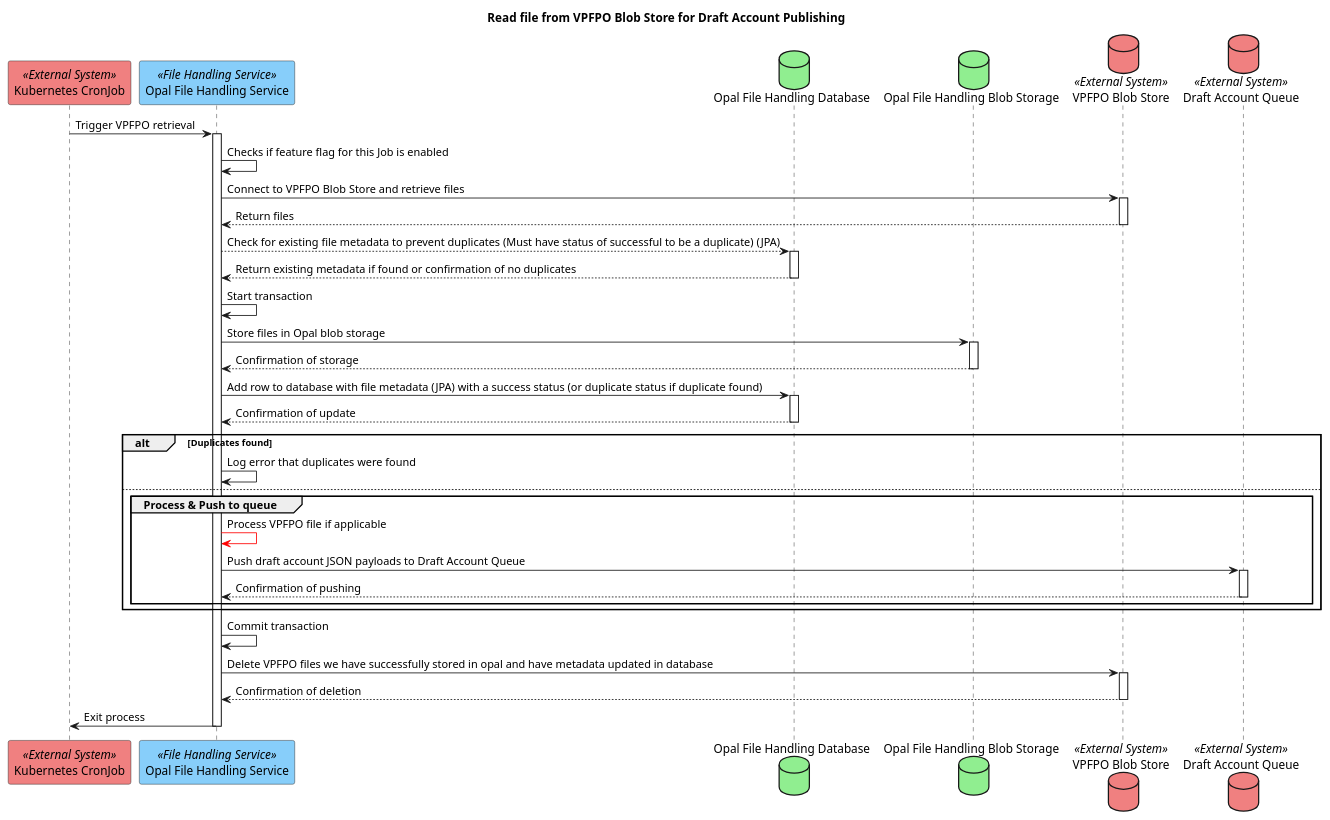
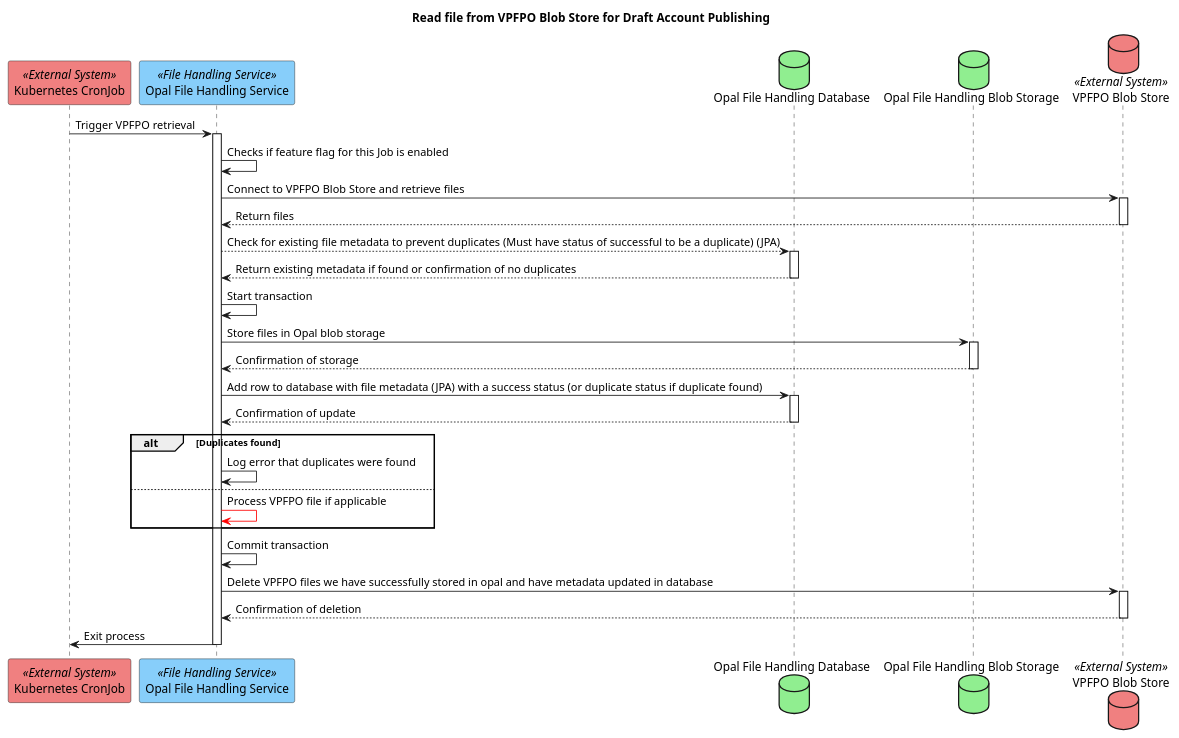
Before and after one commit to hmcts/opal-docs: the diagram in plantUML/external-interfaces/file-handling-from-vpfpo.puml, drawn with PlantUML.

Commit message:
Copying EI2 style and migrating queue publishing to own E2E diagram

```diff
--- a/plantUML/external-interfaces/file-handling-from-vpfpo.puml
+++ b/plantUML/external-interfaces/file-handling-from-vpfpo.puml
@@ -1,35 +1,30 @@
 @startuml
 title Read file from VPFPO Blob Store for Draft Account Publishing
 participant "Kubernetes CronJob" as cronjob <<External System>> #LightCoral
 participant "Opal File Handling Service" as fileHandlingService <<File Handling Service>> #LightSkyBlue
 database "Opal File Handling Database" as fileHandlingDb #LightGreen
 database "Opal File Handling Blob Storage" as fileHandlingBlobStorage #LightGreen
 database "VPFPO Blob Store" as vpfpoBlobStore <<External System>> #LightCoral
-database "Draft Account Queue" as draftAccountQueue <<External System>> #LightCoral
 
 cronjob -> fileHandlingService ++ : Trigger VPFPO retrieval
 fileHandlingService -> fileHandlingService : Checks if feature flag for this Job is enabled
 fileHandlingService -> vpfpoBlobStore ++ : Connect to VPFPO Blob Store and retrieve files
 vpfpoBlobStore --> fileHandlingService -- : Return files
 fileHandlingService --> fileHandlingDb ++ : Check for existing file metadata to prevent duplicates (Must have status of successful to be a duplicate) (JPA)
 fileHandlingDb --> fileHandlingService -- : Return existing metadata if found or confirmation of no duplicates
 fileHandlingService -> fileHandlingService : Start transaction
 fileHandlingService -> fileHandlingBlobStorage ++ : Store files in Opal blob storage
 fileHandlingBlobStorage --> fileHandlingService -- : Confirmation of storage
 fileHandlingService -> fileHandlingDb ++ : Add row to database with file metadata (JPA) with a success status (or duplicate status if duplicate found)
 fileHandlingDb --> fileHandlingService -- : Confirmation of update
 alt Duplicates found
     fileHandlingService -> fileHandlingService : Log error that duplicates were found
 else
-    group Process & Push to queue
     fileHandlingService -[#red]> fileHandlingService: Process VPFPO file if applicable
-    fileHandlingService -> draftAccountQueue ++ : Push draft account JSON payloads to Draft Account Queue
-    draftAccountQueue --> fileHandlingService -- : Confirmation of pushing
-    end
 end
 
 fileHandlingService -> fileHandlingService : Commit transaction
 fileHandlingService -> vpfpoBlobStore ++ : Delete VPFPO files we have successfully stored in opal and have metadata updated in database
 vpfpoBlobStore --> fileHandlingService -- : Confirmation of deletion
 fileHandlingService -> cronjob -- : Exit process
 @enduml
```
